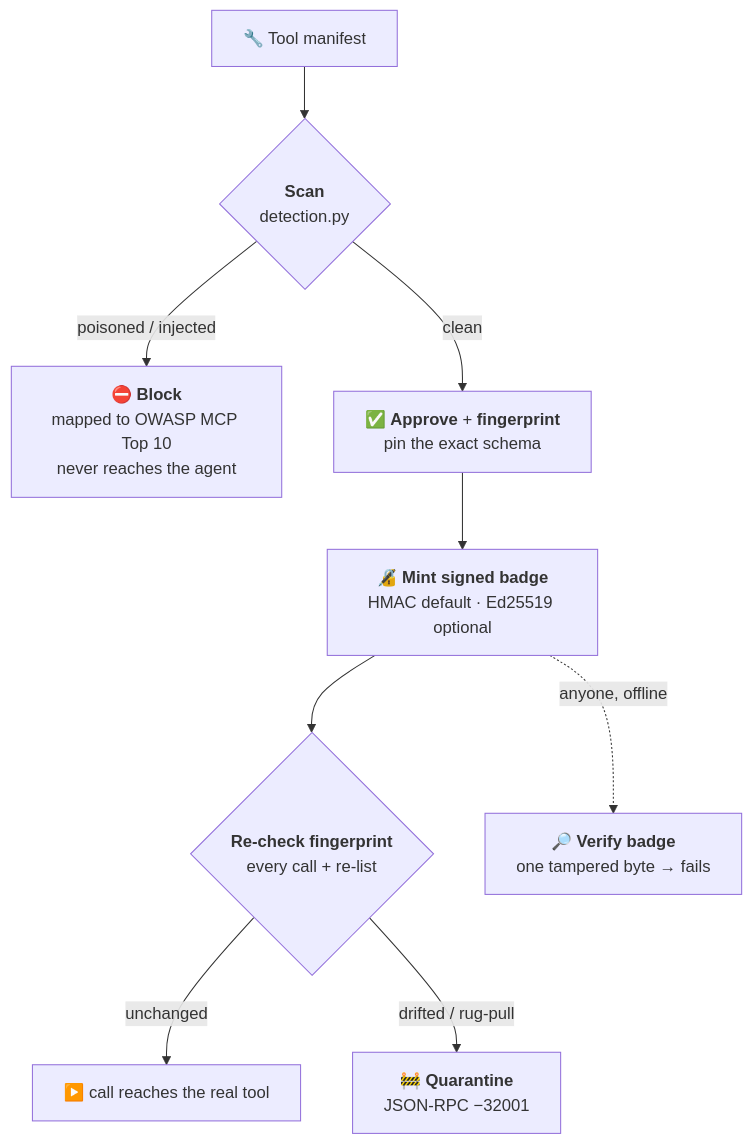
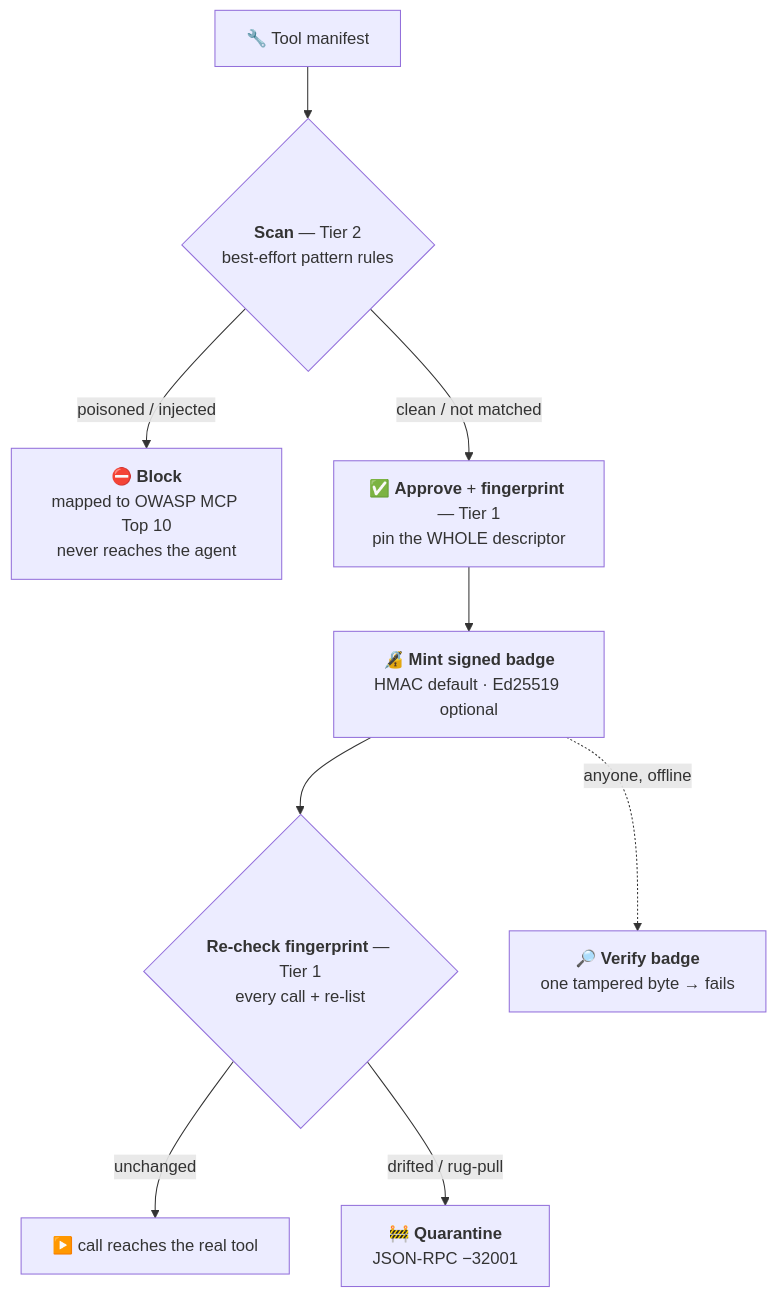
One commit to akoita/mcp-tripwire changed the diagram in README.md. Above: the diagram before and after it, drawn with Mermaid. The commit also changed other lines of this file and 5 other files, not shown here.

````diff
--- a/README.md
+++ b/README.md
@@ -76,11 +70,11 @@
 ```mermaid
 flowchart TB
-    M["🔧 Tool manifest"] --> Scan{"<b>Scan</b><br/>detection.py"}
+    M["🔧 Tool manifest"] --> Scan{"<b>Scan</b> — Tier 2<br/>best-effort pattern rules"}
     Scan -->|"poisoned / injected"| Block["⛔ <b>Block</b><br/>mapped to OWASP MCP Top 10<br/>never reaches the agent"]
-    Scan -->|"clean"| Approve["✅ <b>Approve</b> + <b>fingerprint</b><br/>pin the exact schema"]
+    Scan -->|"clean / not matched"| Approve["✅ <b>Approve</b> + <b>fingerprint</b> — Tier 1<br/>pin the WHOLE descriptor"]
     Approve --> Badge["🔏 <b>Mint signed badge</b><br/>HMAC default · Ed25519 optional"]
-    Badge --> Watch{"<b>Re-check fingerprint</b><br/>every call + re-list"}
+    Badge --> Watch{"<b>Re-check fingerprint</b> — Tier 1<br/>every call + re-list"}
     Watch -->|"unchanged"| Pass["▶️ call reaches the real tool"]
     Watch -->|"drifted / rug-pull"| Quar["🚧 <b>Quarantine</b><br/>JSON-RPC −32001"]
     Badge -.->|"anyone, offline"| Verify["🔎 <b>Verify badge</b><br/>one tampered byte → fails"]
 ```
````
